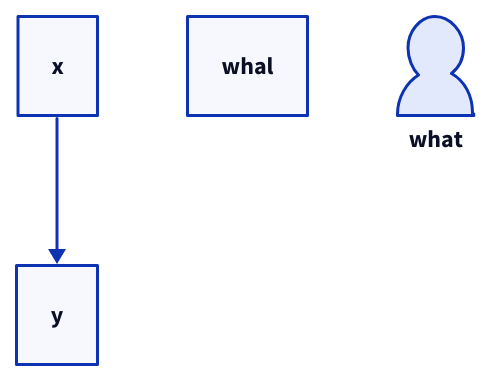
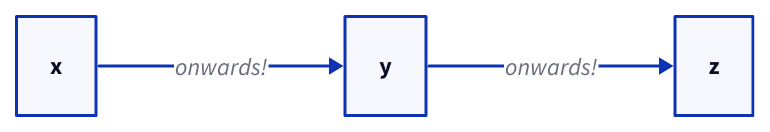
The first of 2 diagrams in docs/tour/intro.md (terrastruct/d2-docs), drawn with D2 before and after one commit. The commit also changed 1 other file, not shown here.

````diff
--- a/docs/tour/intro.md
+++ b/docs/tour/intro.md
@@ -8,8 +8,4 @@
 ```d2
-x -> y
-x
-whal
-what: {
-  shape: person
-}
+direction: right
+x -> y -> z: onwards!
 ```
````
